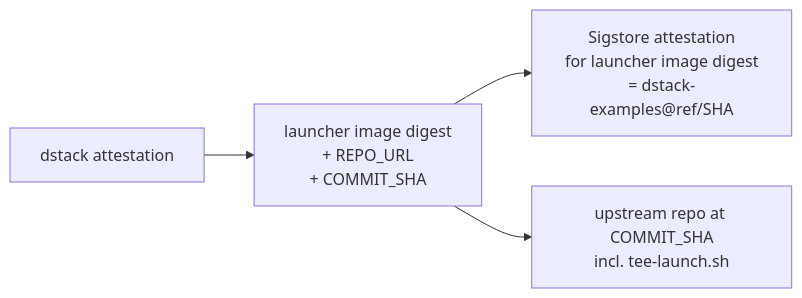
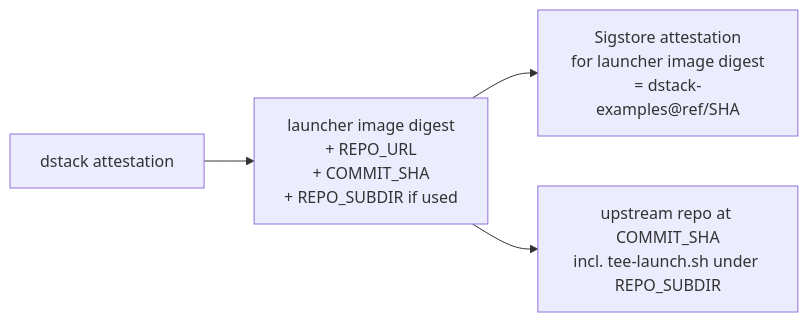
The first of 3 diagrams in trusted-workload-launcher/VERIFY.md (Dstack-TEE/dstack-examples), drawn with Mermaid before and after one commit. The commit also changed other lines of this file and 1 other file, not shown here.

First line of the commit message:
trusted-workload-launcher: precise trust-surface wording

````diff
--- a/trusted-workload-launcher/VERIFY.md
+++ b/trusted-workload-launcher/VERIFY.md
@@ -14,6 +16,6 @@
 ```mermaid
 flowchart LR
-    A[dstack attestation] --> B[launcher image digest<br/>+ REPO_URL<br/>+ COMMIT_SHA]
+    A[dstack attestation] --> B[launcher image digest<br/>+ REPO_URL<br/>+ COMMIT_SHA<br/>+ REPO_SUBDIR if used]
     B --> C[Sigstore attestation<br/>for launcher image digest<br/>= dstack-examples@ref/SHA]
-    B --> D[upstream repo at COMMIT_SHA<br/>incl. tee-launch.sh]
+    B --> D[upstream repo at COMMIT_SHA<br/>incl. tee-launch.sh under REPO_SUBDIR]
 ```
````
